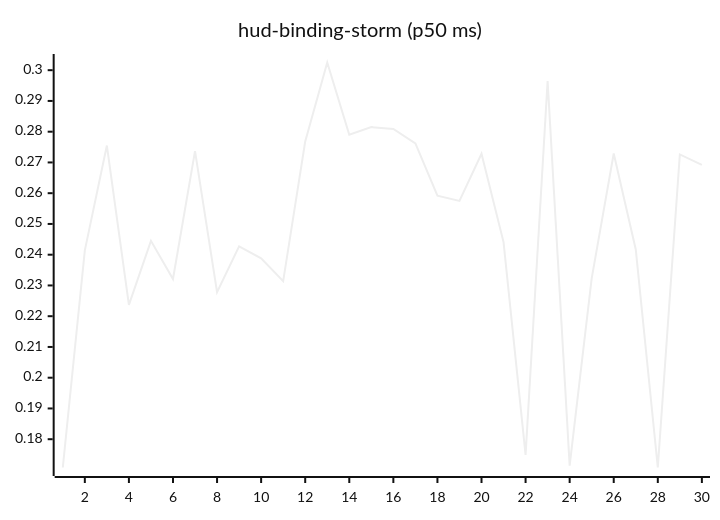
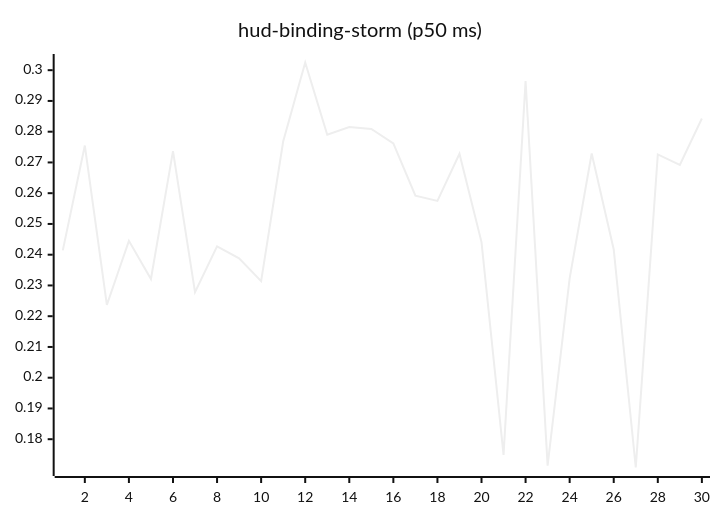
One commit to josha/Facet changed the tenth of 27 diagrams in README.md. Above: the diagram before and after it, drawn with Mermaid (neutral theme). The commit also changed other lines of this file and 2 other files, not shown here.

````diff
--- a/README.md
+++ b/README.md
@@ -126,6 +126,6 @@
 ```mermaid
 xychart-beta
     title "hud-binding-storm (p50 ms)"
     x-axis 1 --> 30
-    line [0.1708, 0.2414, 0.2755, 0.2237, 0.2445, 0.2321, 0.2737, 0.2278, 0.2427, 0.2388, 0.2314, 0.2768, 0.3025, 0.2790, 0.2815, 0.2809, 0.2762, 0.2592, 0.2575, 0.2728, 0.2441, 0.1749, 0.2965, 0.1714, 0.2323, 0.2729, 0.2417, 0.1708, 0.2726, 0.2692]
+    line [0.2414, 0.2755, 0.2237, 0.2445, 0.2321, 0.2737, 0.2278, 0.2427, 0.2388, 0.2314, 0.2768, 0.3025, 0.2790, 0.2815, 0.2809, 0.2762, 0.2592, 0.2575, 0.2728, 0.2441, 0.1749, 0.2965, 0.1714, 0.2323, 0.2729, 0.2417, 0.1708, 0.2726, 0.2692, 0.2843]
 ```
````
